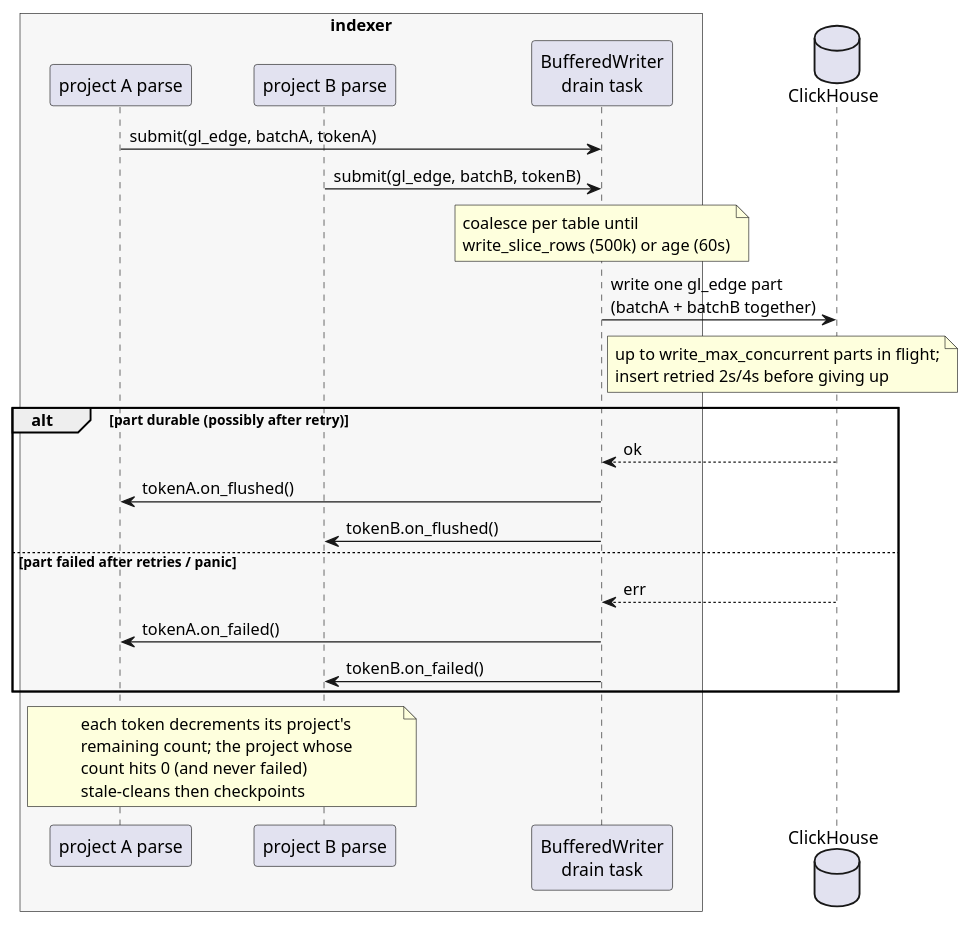
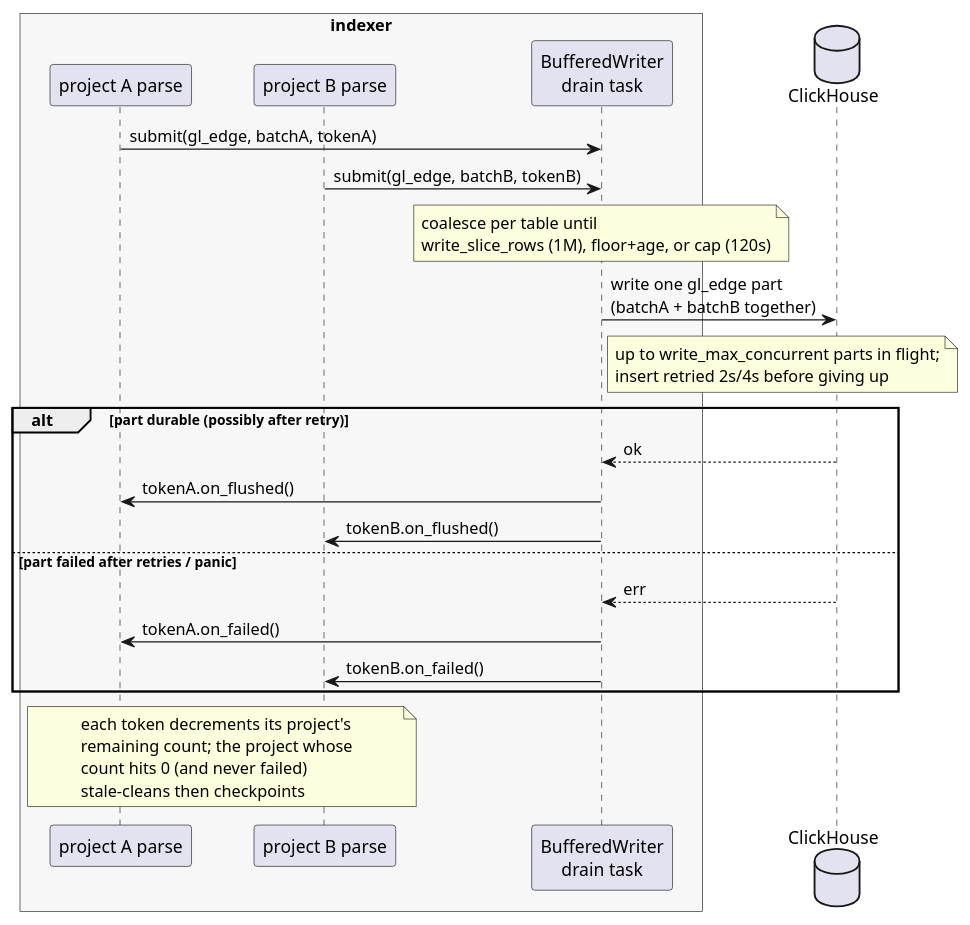
One commit to gitlabhq/orbit-knowledge-graph changed the fourth of 5 diagrams in docs/design-documents/indexing/code_indexing.md. Above: the diagram before and after it, drawn with PlantUML. The commit also changed other lines of this file and 8 other files, not shown here.

Commit message:
fix(indexer): floor + cap code-write coalescer, gate lane on parsable files

````diff
--- a/docs/design-documents/indexing/code_indexing.md
+++ b/docs/design-documents/indexing/code_indexing.md
@@ -379,33 +379,33 @@
 ```plantuml
 @startuml
 skinparam shadowing false
 skinparam ParticipantPadding 20
 skinparam BoxPadding 12
 
 box "indexer" #F7F7F7
   participant "project A parse" as A
   participant "project B parse" as B
   participant "BufferedWriter\ndrain task" as W
 end box
 database ClickHouse as CH
 
 A -> W : submit(gl_edge, batchA, tokenA)
 B -> W : submit(gl_edge, batchB, tokenB)
-note over W : coalesce per table until\nwrite_slice_rows (500k) or age (60s)
+note over W : coalesce per table until\nwrite_slice_rows (1M), floor+age, or cap (120s)
 
 W -> CH : write one gl_edge part\n(batchA + batchB together)
 note right of W : up to write_max_concurrent parts in flight;\ninsert retried 2s/4s before giving up
 
 alt part durable (possibly after retry)
   CH --> W : ok
   W -> A : tokenA.on_flushed()
   W -> B : tokenB.on_flushed()
 else part failed after retries / panic
   CH --> W : err
   W -> A : tokenA.on_failed()
   W -> B : tokenB.on_failed()
 end
 
 note over A, B : each token decrements its project's\nremaining count; the project whose\ncount hits 0 (and never failed)\nstale-cleans then checkpoints
 @enduml
 ```
````
